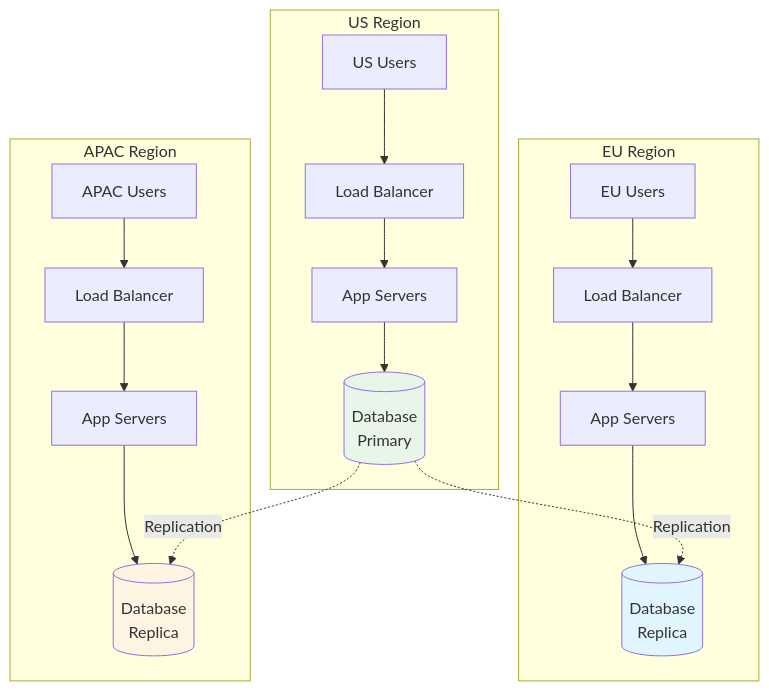
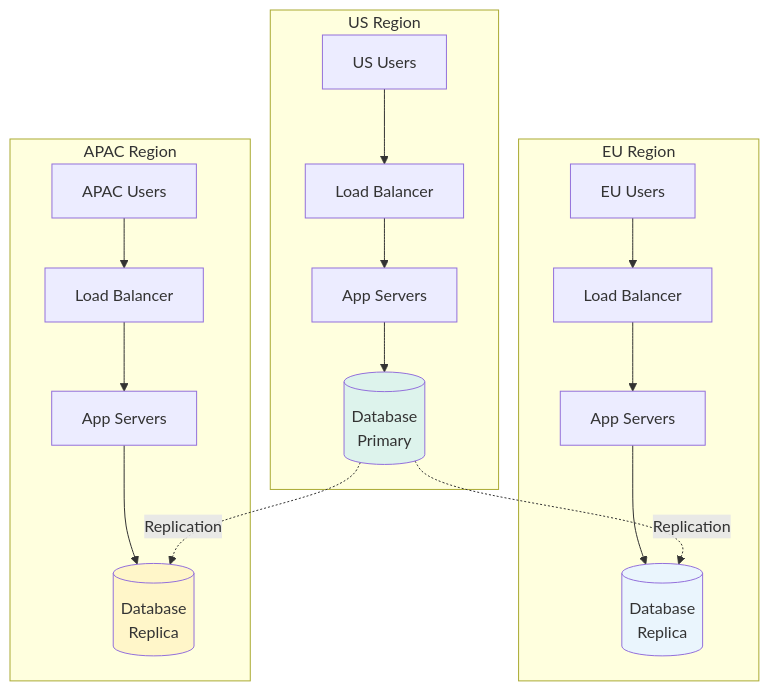
Before and after one commit to cartmancodes/InterviewVault: diagram 11 of 31 in LLD/CoreConcepts/Networking.md, drawn with Mermaid. The commit also changed other lines of this file and 679 other files, not shown here.

Commit message:
Unify content diagrams and add accessible visual walkthroughs

````diff
--- a/LLD/CoreConcepts/Networking.md
+++ b/LLD/CoreConcepts/Networking.md
@@ -399,34 +399,34 @@
 ```mermaid
 graph TB
     subgraph "US Region"
         US_USER[US Users]
         US_LB[Load Balancer]
         US_APP[App Servers]
         US_DB[(Database<br/>Primary)]
     end
     
     subgraph "EU Region"
         EU_USER[EU Users]
         EU_LB[Load Balancer]
         EU_APP[App Servers]
         EU_DB[(Database<br/>Replica)]
     end
     
     subgraph "APAC Region"
         AP_USER[APAC Users]
         AP_LB[Load Balancer]
         AP_APP[App Servers]
         AP_DB[(Database<br/>Replica)]
     end
     
     US_USER --> US_LB --> US_APP --> US_DB
     EU_USER --> EU_LB --> EU_APP --> EU_DB
     AP_USER --> AP_LB --> AP_APP --> AP_DB
     
     US_DB -.->|Replication| EU_DB
     US_DB -.->|Replication| AP_DB
     
-    style US_DB fill:#e8f5e9
-    style EU_DB fill:#e1f5ff
-    style AP_DB fill:#fff4e1
+    style US_DB fill:#DDF3EC
+    style EU_DB fill:#EAF5FD
+    style AP_DB fill:#FFF6C9
 ```
````
